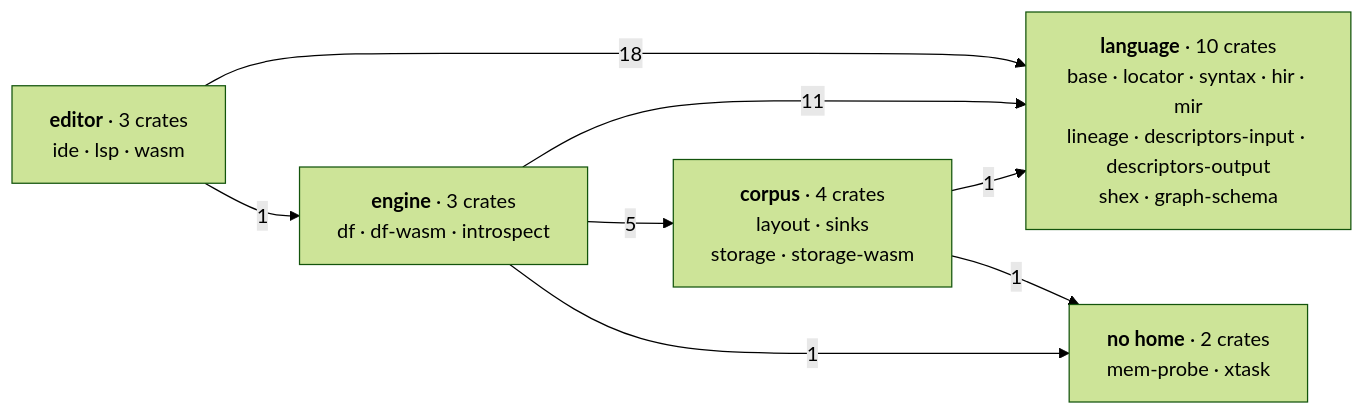
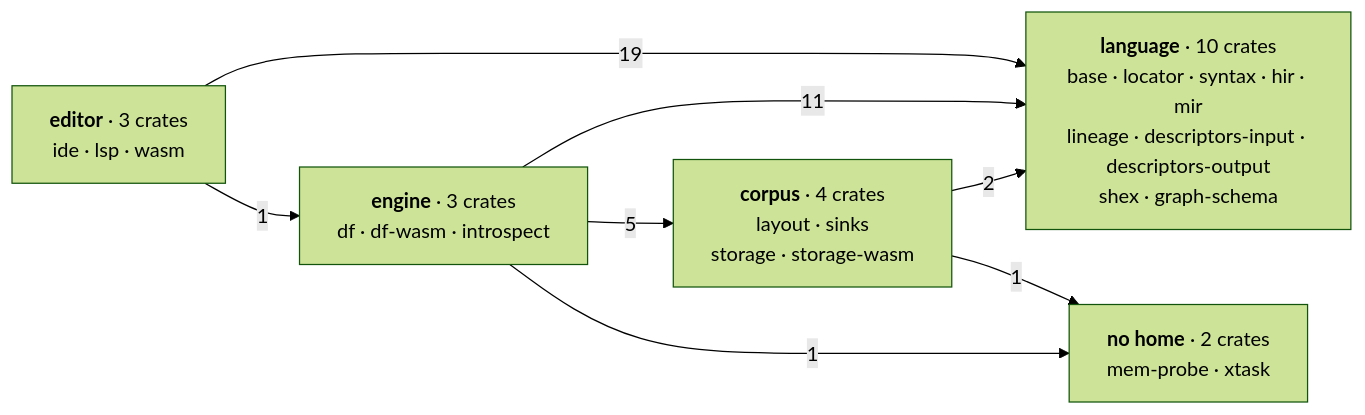
The first of 3 diagrams in docs/content/docs/(root)/architecture.mdx (Kanzo-Tech/fossil-lang), drawn with Mermaid (forest theme) before and after one commit. The commit also changed other lines of this file and 42 other files, not shown here.

````diff
--- a/docs/content/docs/(root)/architecture.mdx
+++ b/docs/content/docs/(root)/architecture.mdx
@@ -110,16 +110,16 @@
 ```mermaid
 graph LR
   L["<b>language</b> · 10 crates<br/>base · locator · syntax · hir · mir<br/>lineage · descriptors-input · descriptors-output<br/>shex · graph-schema"]
   E["<b>editor</b> · 3 crates<br/>ide · lsp · wasm"]
   M["<b>engine</b> · 3 crates<br/>df · df-wasm · introspect"]
   C["<b>corpus</b> · 4 crates<br/>layout · sinks<br/>storage · storage-wasm"]
   X["<b>no home</b> · 2 crates<br/>mem-probe · xtask"]
 
-  E -->|18| L
+  E -->|19| L
   E -->|1| M
   M -->|11| L
   M -->|5| C
   M -->|1| X
-  C -->|1| L
+  C -->|2| L
   C -->|1| X
 ```
````
